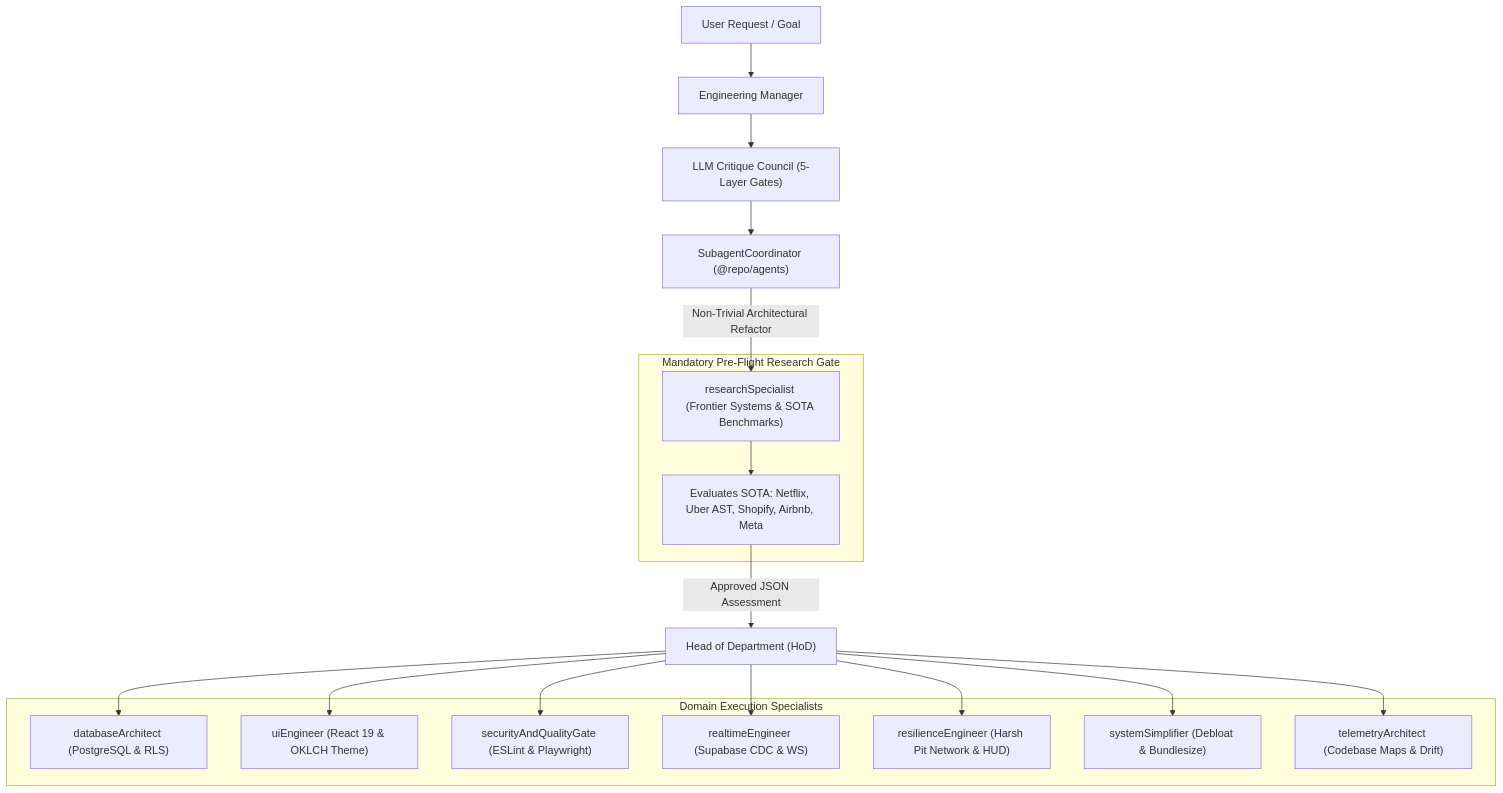
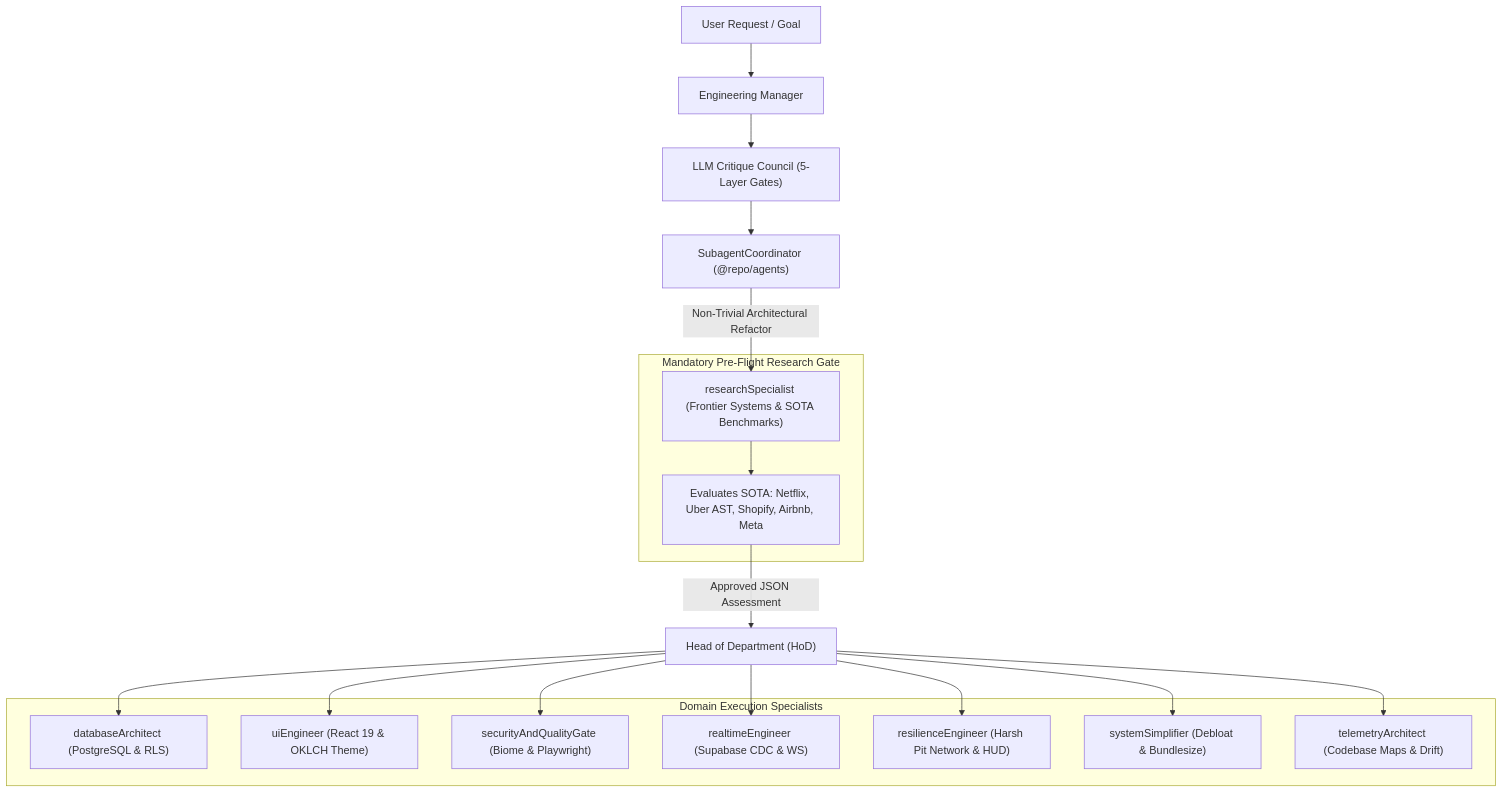
The diagram in codebase-maps/latest/multi-agent-architecture.md (Timothy191/Arch-System), drawn with Mermaid before and after one commit. The commit also changed other lines of this file and 55 other files, not shown here.

````diff
--- a/codebase-maps/latest/multi-agent-architecture.md
+++ b/codebase-maps/latest/multi-agent-architecture.md
@@ -11,33 +11,33 @@
 ```mermaid
 flowchart TD
     USER["User Request / Goal"] --> MGR["Engineering Manager"]
     MGR --> COUNCIL["LLM Critique Council (5-Layer Gates)"]
     COUNCIL --> COORD["SubagentCoordinator (@repo/agents)"]
 
     subgraph PreFlight ["Mandatory Pre-Flight Research Gate"]
         RS["researchSpecialist (Frontier Systems & SOTA Benchmarks)"]
         BENCH["Evaluates SOTA: Netflix, Uber AST, Shopify, Airbnb, Meta"]
         RS --> BENCH
     end
 
     COORD -->|Non-Trivial Architectural Refactor| RS
     BENCH -->|Approved JSON Assessment| HOD["Head of Department (HoD)"]
 
     subgraph Specialists ["Domain Execution Specialists"]
         DBA["databaseArchitect (PostgreSQL & RLS)"]
         UIE["uiEngineer (React 19 & OKLCH Theme)"]
-        SECG["securityAndQualityGate (ESLint & Playwright)"]
+        SECG["securityAndQualityGate (Biome & Playwright)"]
         RTE["realtimeEngineer (Supabase CDC & WS)"]
         RESE["resilienceEngineer (Harsh Pit Network & HUD)"]
         SIMP["systemSimplifier (Debloat & Bundlesize)"]
         TELA["telemetryArchitect (Codebase Maps & Drift)"]
     end
 
     HOD --> DBA
     HOD --> UIE
     HOD --> SECG
     HOD --> RTE
     HOD --> RESE
     HOD --> SIMP
     HOD --> TELA
 ```
````
